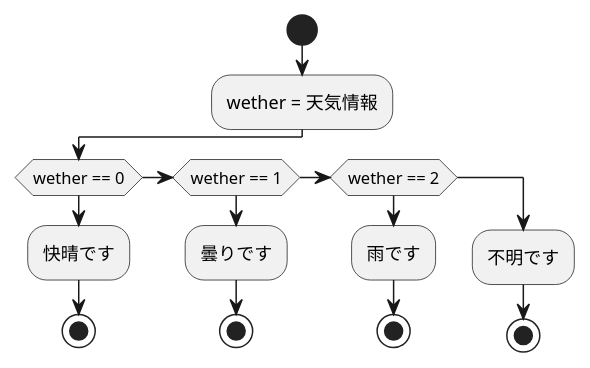
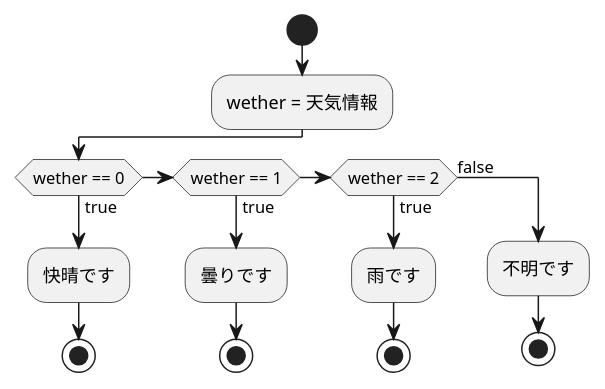
Before and after one commit to Aso2001159/2021sys-design: the diagram in Challenge.md, drawn with PlantUML.

````diff
--- a/Challenge.md
+++ b/Challenge.md
@@ -1,18 +1,18 @@
 ```uml
 @startuml
 start
 :wether = 天気情報;
-if(wether == 0)
+if(wether == 0)then(true)
 :快晴です; 
 stop
-elseif(wether == 1)
+elseif(wether == 1) then(true)
 :曇りです;
 stop
-elseif(wether == 2)
+elseif(wether == 2) then(true)
 :雨です;
 stop
-else
+else (false)
 :不明です;
 stop
 @enduml
 ```
````
